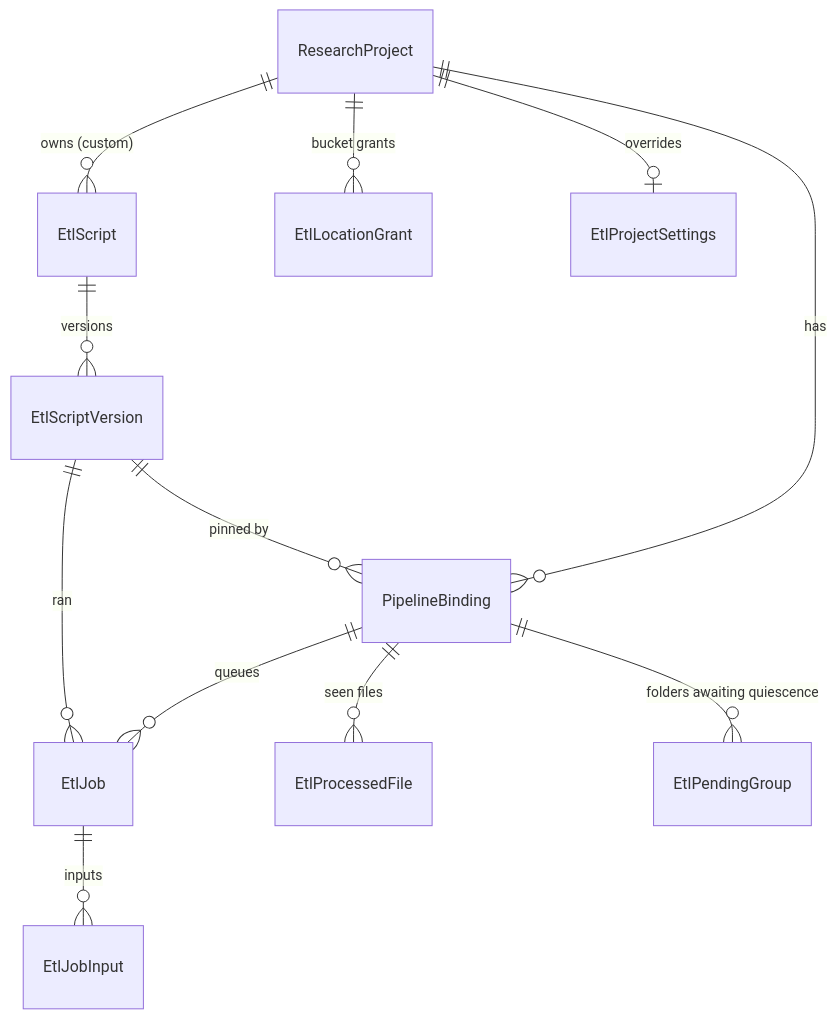
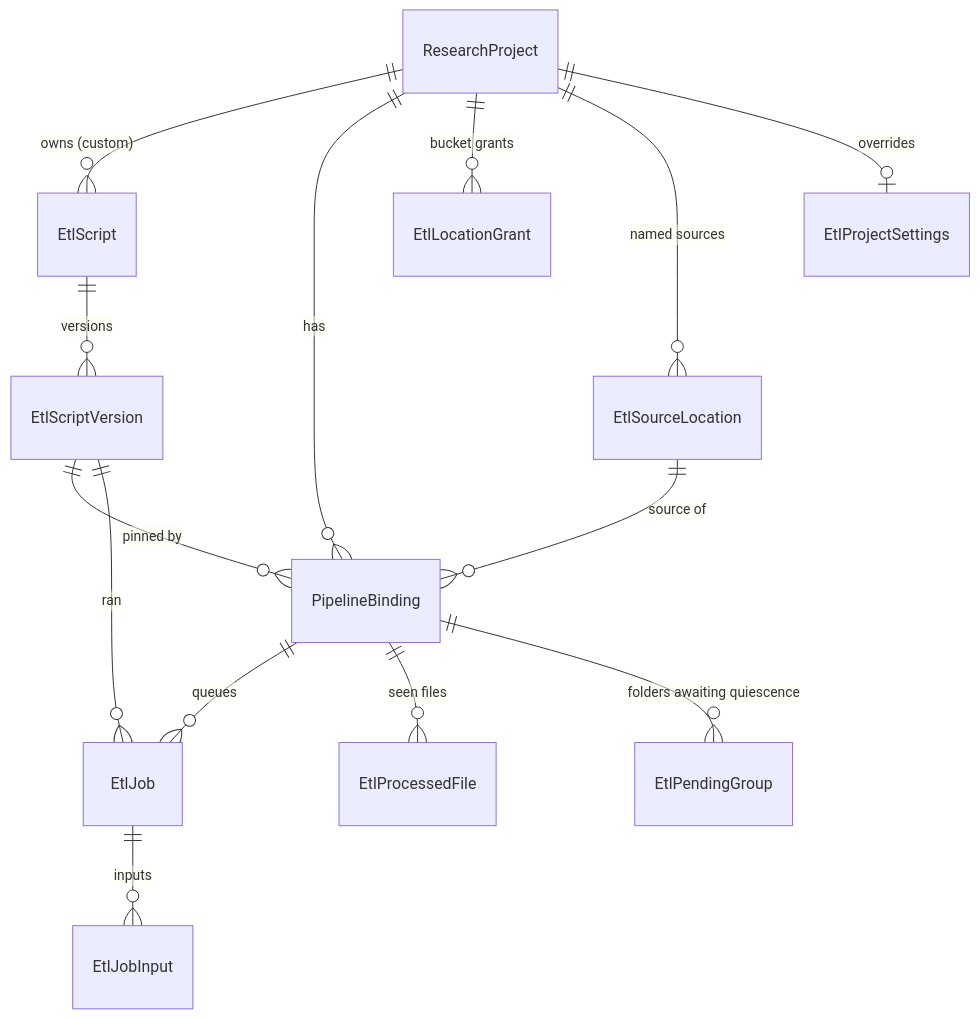
The second of 2 diagrams in src/MiqaResearch/documentation/manuals/technical/src/etl.md (SPRINTR-PC/miqa-research), drawn with Mermaid before and after one commit. The commit also changed other lines of this file and 31 other files, not shown here.

First line of the commit message:
ETL: Sources section for named Source Locations and in-app location grants (#268) (#269)

````diff
--- a/src/MiqaResearch/documentation/manuals/technical/src/etl.md
+++ b/src/MiqaResearch/documentation/manuals/technical/src/etl.md
@@ -121,14 +121,16 @@
 ```{mermaid}
 erDiagram
     ResearchProject ||--o{ EtlScript : "owns (custom)"
     EtlScript ||--o{ EtlScriptVersion : versions
     ResearchProject ||--o{ PipelineBinding : has
     EtlScriptVersion ||--o{ PipelineBinding : "pinned by"
     PipelineBinding ||--o{ EtlJob : queues
     EtlScriptVersion ||--o{ EtlJob : "ran"
     EtlJob ||--o{ EtlJobInput : inputs
     PipelineBinding ||--o{ EtlProcessedFile : "seen files"
     PipelineBinding ||--o{ EtlPendingGroup : "folders awaiting quiescence"
     ResearchProject ||--o{ EtlLocationGrant : "bucket grants"
+    ResearchProject ||--o{ EtlSourceLocation : "named sources"
+    EtlSourceLocation ||--o{ PipelineBinding : "source of"
     ResearchProject ||--o| EtlProjectSettings : overrides
 ```
````
